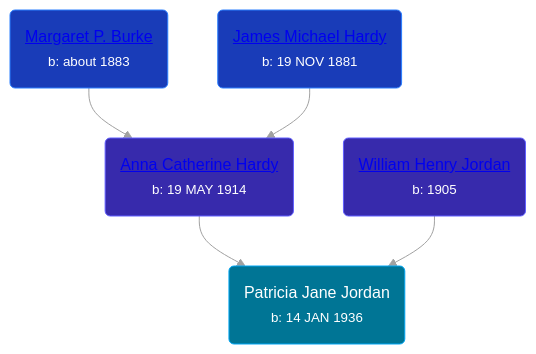
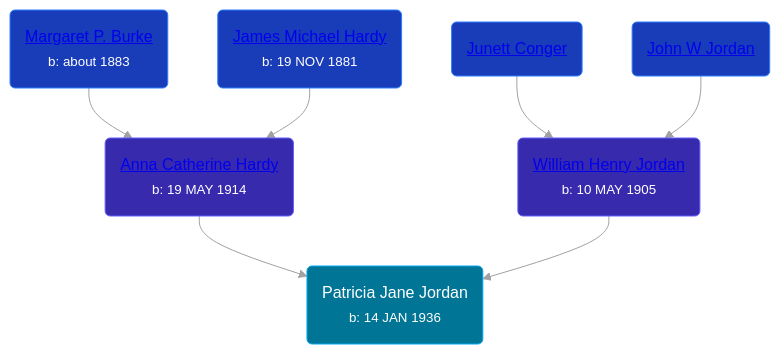
One commit to wpmgotkh/wpmgotkh.github.io changed the diagram in pages/people/8/8578400.md. Above: the diagram before and after it, drawn with Mermaid (neutral theme). The commit also changed other lines of this file and 257 other files, not shown here.

````diff
--- a/pages/people/8/8578400.md
+++ b/pages/people/8/8578400.md
@@ -11,12 +11,14 @@
 ```mermaid
 graph
 classDef grands fill:#193cb8,stroke:#2b7fff,stroke-width:1px,color:#fff;
 classDef parents fill:#372aac,stroke:#615fff,stroke-width:1px,color:#fff;
 classDef primary fill:#007595,stroke:#00a6f4,stroke-width:1px,color:#fff;
 8578400(Patricia Jane Jordan<br /><small>b: 14 JAN 1936</small>):::primary
 25919759(<a class="text-white" href="/people/2/25919759">Anna Catherine Hardy</a><br /><small>b: 19 MAY 1914</small>):::parents-->8578400
 29782872(<a class="text-white" href="/people/2/29782872">Margaret P. Burke</a><br /><small>b: about 1883</small>):::grands-->25919759
 11204316(<a class="text-white" href="/people/1/11204316">James Michael Hardy</a><br /><small>b: 19 NOV 1881</small>):::grands-->25919759
-32091032(<a class="text-white" href="/people/3/32091032">William Henry Jordan</a><br /><small>b: 1905</small>):::parents-->8578400
+32091032(<a class="text-white" href="/people/3/32091032">William Henry Jordan</a><br /><small>b: 10 MAY 1905</small>):::parents-->8578400
+55321016(<a class="text-white" href="/people/5/55321016">Junett Conger</a>):::grands-->32091032
+97595723(<a class="text-white" href="/people/9/97595723">John W Jordan</a>):::grands-->32091032
 linkStyle default stroke:#a1a1a1
 ```
````
